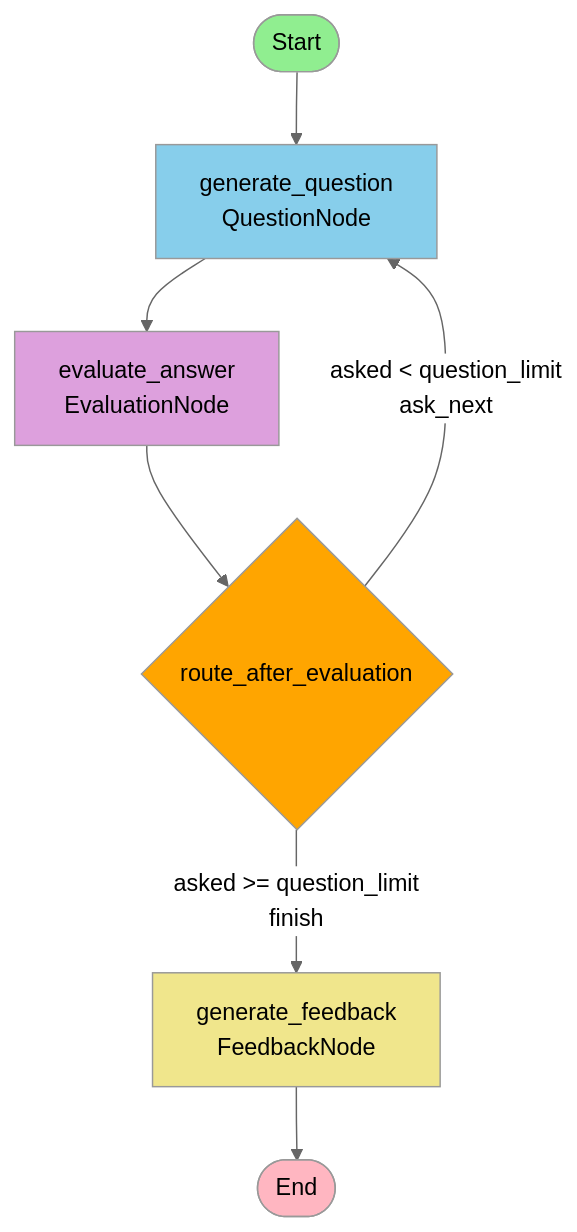
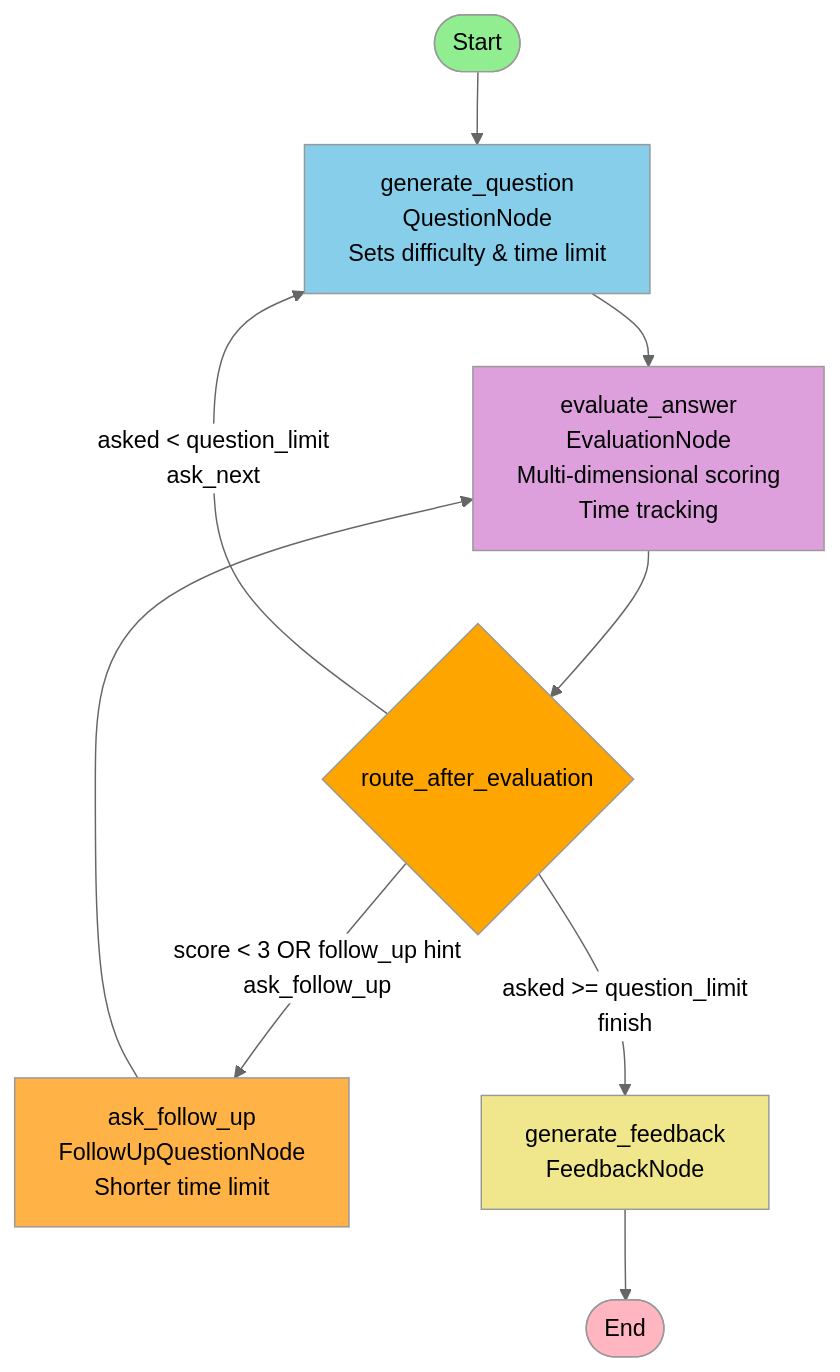
Before and after one commit to Tonmoy-saha18/AI-Interview-Simulator: the diagram in langgraph_diagram.mmd, drawn with Mermaid (neutral theme). The commit also changed 12 other files, not shown here.

Commit message:
add code for ask followup questions and add new evaluation process

```diff
--- a/langgraph_diagram.mmd
+++ b/langgraph_diagram.mmd
@@ -1,14 +1,17 @@
 graph TD
-    START([Start]) --> generate_question[generate_question<br/>QuestionNode]
-    generate_question --> evaluate_answer[evaluate_answer<br/>EvaluationNode]
+    START([Start]) --> generate_question[generate_question<br/>QuestionNode<br/>Sets difficulty & time limit]
+    generate_question --> evaluate_answer[evaluate_answer<br/>EvaluationNode<br/>Multi-dimensional scoring<br/>Time tracking]
     evaluate_answer --> route{route_after_evaluation}
+    route -->|score < 3 OR follow_up hint<br/>ask_follow_up| ask_follow_up[ask_follow_up<br/>FollowUpQuestionNode<br/>Shorter time limit]
     route -->|asked < question_limit<br/>ask_next| generate_question
     route -->|asked >= question_limit<br/>finish| generate_feedback[generate_feedback<br/>FeedbackNode]
+    ask_follow_up --> evaluate_answer
     generate_feedback --> END([End])
     
     style START fill:#90EE90
     style END fill:#FFB6C1
     style generate_question fill:#87CEEB
     style evaluate_answer fill:#DDA0DD
+    style ask_follow_up fill:#FFB347
     style generate_feedback fill:#F0E68C
     style route fill:#FFA500
```
